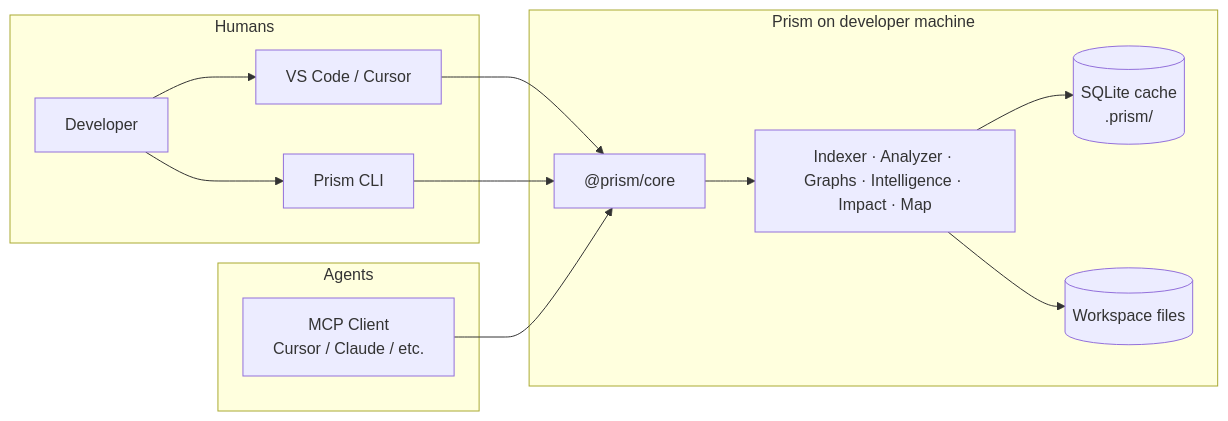
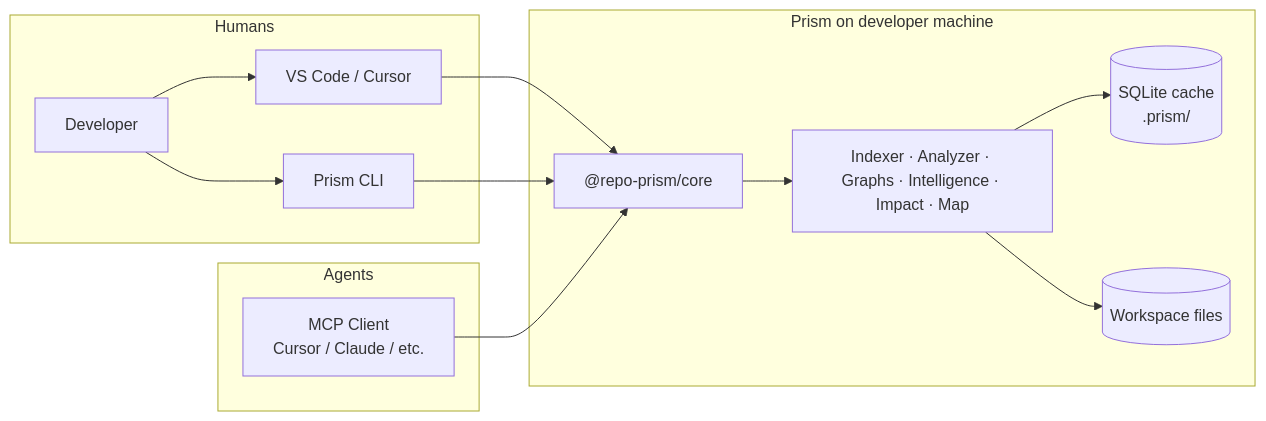
The first of 2 diagrams in plans/architecture/01_HLD.md (Shailesh200/prism), drawn with Mermaid before and after one commit. The commit also changed other lines of this file and 485 other files, not shown here.

First line of the commit message:
Release Prism 1.0 GA: Core, CLI, MCP, extension, and docs.

````diff
--- a/plans/architecture/01_HLD.md
+++ b/plans/architecture/01_HLD.md
@@ -21,28 +21,28 @@
 ```mermaid
 flowchart LR
   subgraph Humans
     DEV[Developer]
     IDE[VS Code / Cursor]
     CLI[Prism CLI]
   end
 
   subgraph Agents
     MCPC[MCP Client<br/>Cursor / Claude / etc.]
   end
 
   subgraph Prism["Prism on developer machine"]
-    CORE["@prism/core"]
+    CORE["@repo-prism/core"]
     ENG[Indexer · Analyzer · Graphs · Intelligence · Impact · Map]
     DB[(SQLite cache<br/>.prism/)]
     FS[(Workspace files)]
   end
 
   DEV --> IDE
   DEV --> CLI
   IDE --> CORE
   CLI --> CORE
   MCPC --> CORE
   CORE --> ENG
   ENG --> DB
   ENG --> FS
 ```
````
